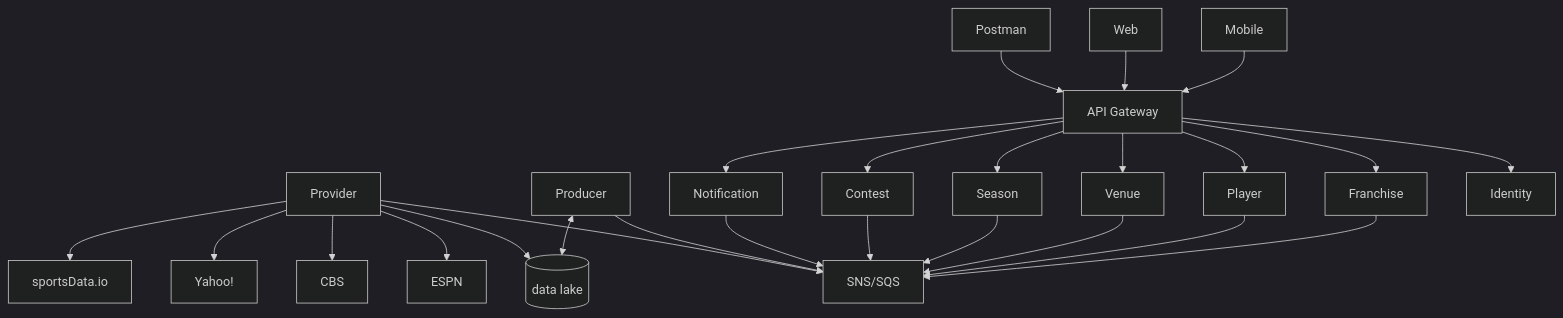
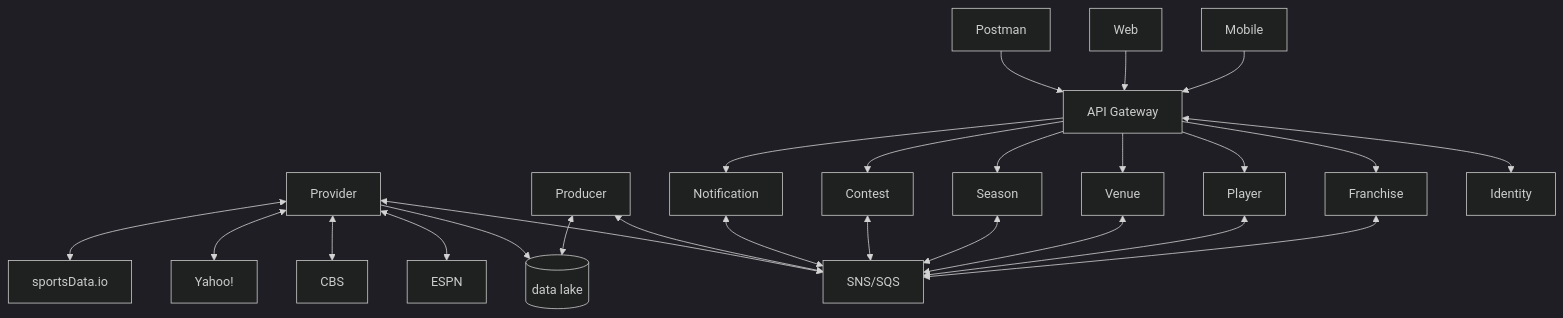
One commit to jrandallsexton/sports-data-core changed the first of 2 diagrams in README.md. Above: the diagram before and after it, drawn with Mermaid (dark theme).

Commit message:
another mermaid update

````diff
--- a/README.md
+++ b/README.md
@@ -24,42 +24,42 @@
 ```mermaid
 flowchart TD
     PV[Provider]
     DL[(data lake)]
     PV --> DL
     PD[Producer]
     PD <--> DL
-    M[SNS/SQS]
+    MSG[SNS/SQS]
     N[Notification]
     C[Contest]
     S[Season]
     V[Venue]
     PL[Player]
     FR[Franchise]
     ID[Identity]
     API[API Gateway]
-    API --> ID
+    API <--> ID
     WCPOST[Postman]
     WCWEB[Web]
     WCMOB[Mobile]
-    PV --> ESPN[ESPN]
-    PV --> CBS[CBS]
-    PV --> YAHOO[Yahoo!]
-    PV --> SDIO[sportsData.io]
-    PV --> M
-    PD --> M
-    N --> M
-    C --> M
-    S --> M
-    V --> M
-    PL --> M
-    FR --> M
+    PV <--> ESPN[ESPN]
+    PV <--> CBS[CBS]
+    PV <--> YAHOO[Yahoo!]
+    PV <--> SDIO[sportsData.io]
+    PV <--> MSG
+    PD <--> MSG
+    N <--> MSG
+    C <--> MSG
+    S <--> MSG
+    V <--> MSG
+    PL <--> MSG
+    FR <--> MSG
     API --> C
     API --> S
     API --> V
     API --> PL
     API --> FR
     API --> N
     WCPOST --> API
     WCWEB --> API
     WCMOB --> API
 ```
````
